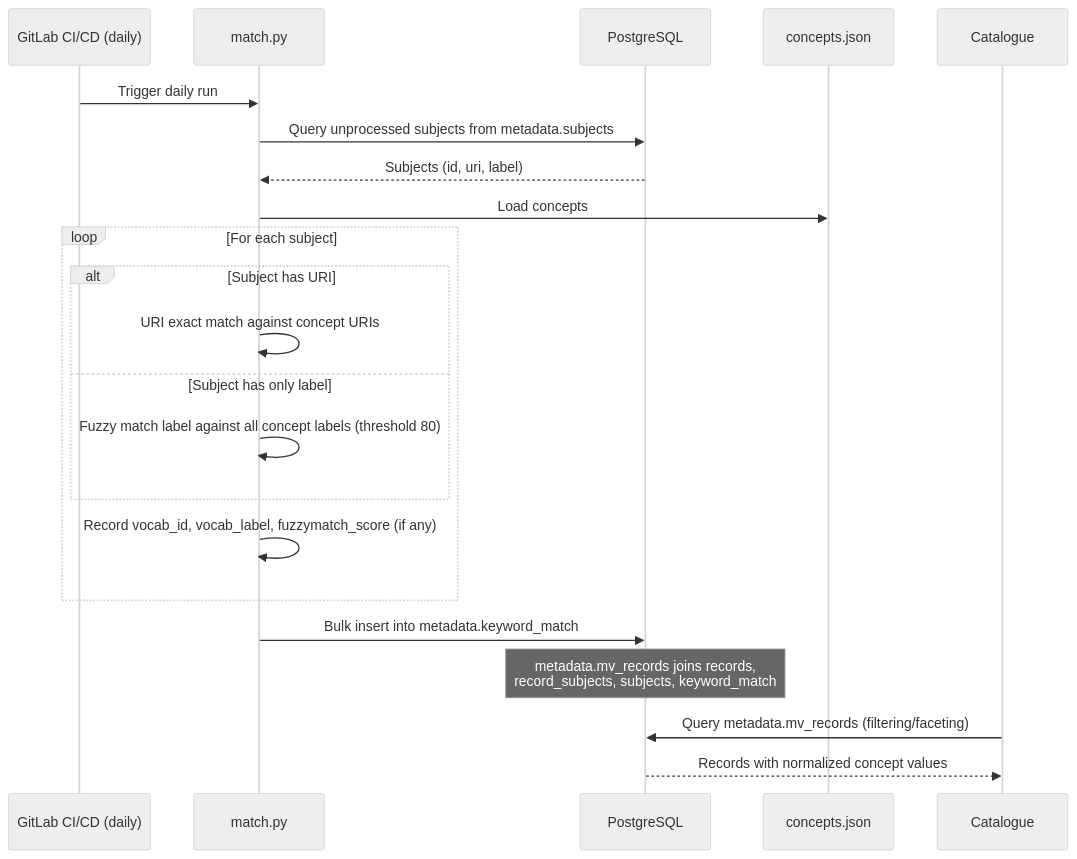
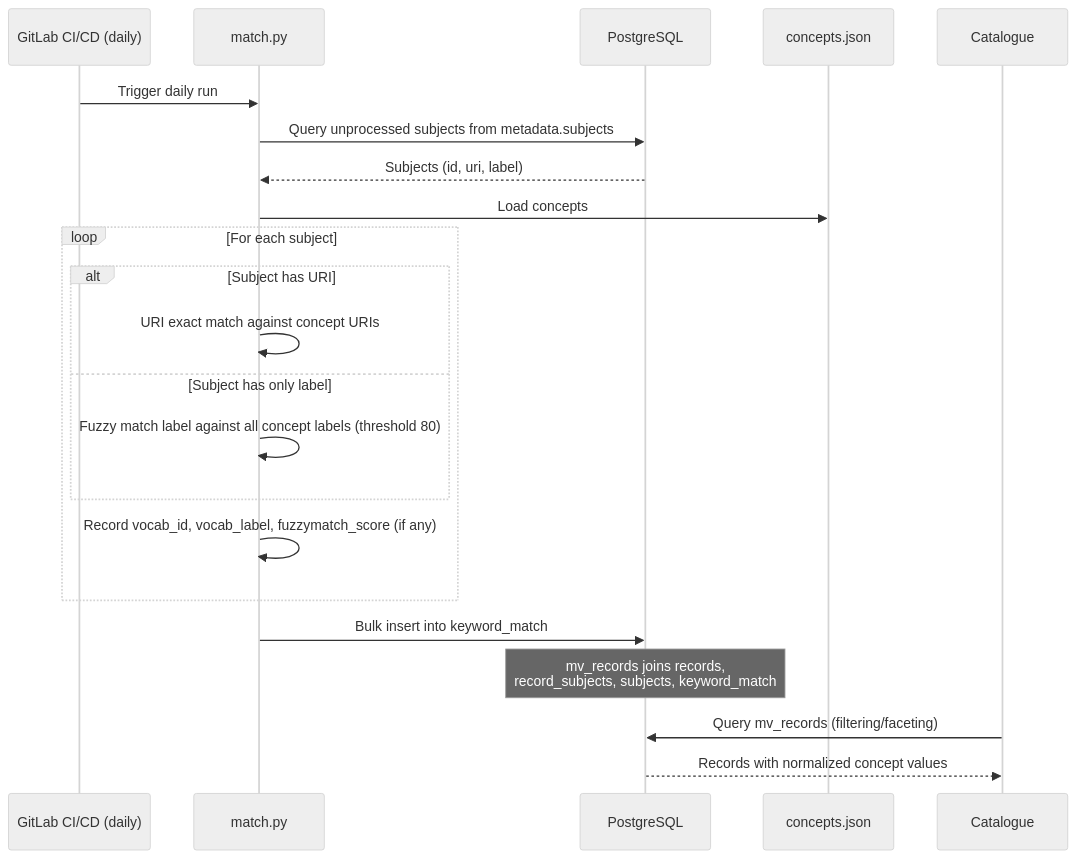
One commit to soilwise-he/SoilWise-documentation changed the third of 11 diagrams in tech/docs/technical_components/metadata_augmentation.md. Above: the diagram before and after it, drawn with Mermaid (neutral theme). The commit also changed other lines of this file, not shown here.

Commit message:
update keyword-matcher

````diff
--- a/tech/docs/technical_components/metadata_augmentation.md
+++ b/tech/docs/technical_components/metadata_augmentation.md
@@ -141,28 +140,28 @@
 ```mermaid
 sequenceDiagram
     participant CI as GitLab CI/CD (daily)
     participant MM as match.py
     participant DB as PostgreSQL
     participant CJ as concepts.json
     participant CA as Catalogue
 
     CI->>MM: Trigger daily run
     MM->>DB: Query unprocessed subjects from metadata.subjects
     DB-->>MM: Subjects (id, uri, label)
     MM->>CJ: Load concepts
 
     loop For each subject
         alt Subject has URI
             MM->>MM: URI exact match against concept URIs
         else Subject has only label
             MM->>MM: Fuzzy match label against all concept labels (threshold 80)
         end
         MM->>MM: Record vocab_id, vocab_label, fuzzymatch_score (if any)
     end
 
-    MM->>DB: Bulk insert into metadata.keyword_match
+    MM->>DB: Bulk insert into keyword_match
 
-    Note over DB: metadata.mv_records joins records,<br/>record_subjects, subjects, keyword_match
-    CA->>DB: Query metadata.mv_records (filtering/faceting)
+    Note over DB: mv_records joins records,<br/>record_subjects, subjects, keyword_match
+    CA->>DB: Query mv_records (filtering/faceting)
     DB-->>CA: Records with normalized concept values
 ```
````
